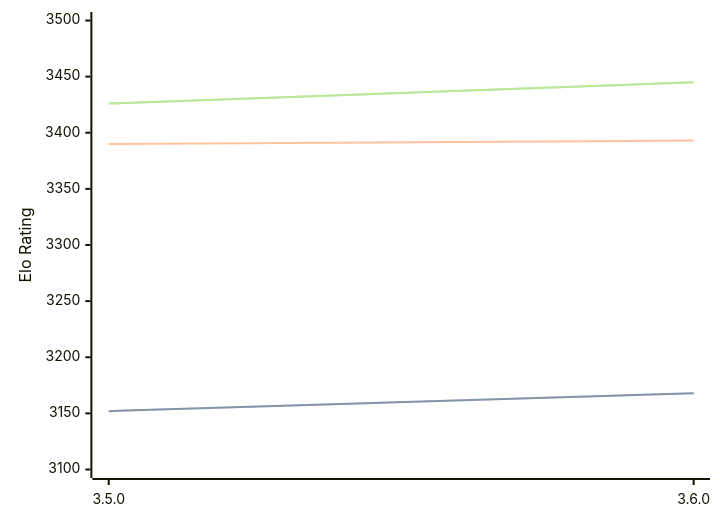
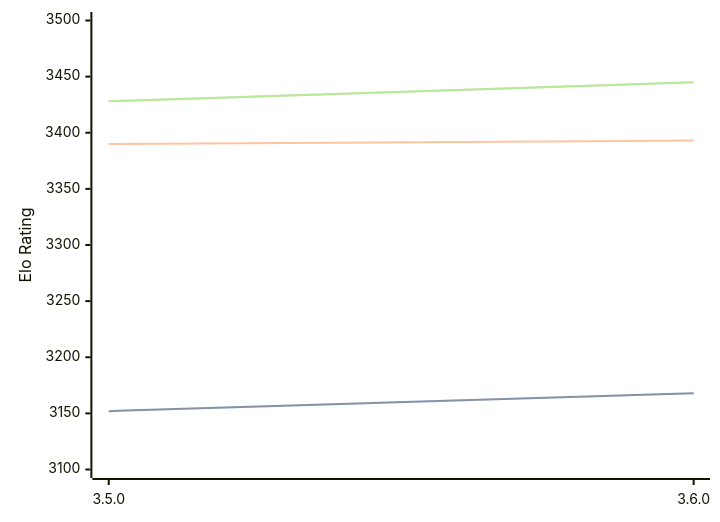
Before and after one commit to computer-chess-index/cci: the third of 3 diagrams in engines/Igel.md, drawn with Mermaid. The commit also changed other lines of this file, not shown here.

Commit message:
Update CCI Ratings (ELO VLTC) - 2026-06-30

````diff
--- a/engines/Igel.md
+++ b/engines/Igel.md
@@ -101,11 +101,11 @@
 ```mermaid
 %%{init: {"theme":"base","themeVariables":{"seriesColors:['#a3a3a3','#222221','#faa371']}}}%%
 xychart-beta
   x-axis ["3.5.0", "3.6.0"]
   y-axis "Elo Rating" 3100 --> 3500
   line "STC (8.0+0.08s)" [3152, 3168]
   line "STC (8.0+0.08s)" [3152, 3168]
   line "LTC (60.0+0.60s)" [3390, 3393]
-  line "VLTC (2m24s+1.12s)" [3426, 3445]
-  line "VLTC (2m24s+1.12s)" [3426, 3445]
+  line "VLTC (2m24s+1.12s)" [3428, 3445]
+  line "VLTC (2m24s+1.12s)" [3428, 3445]
 ```
````
